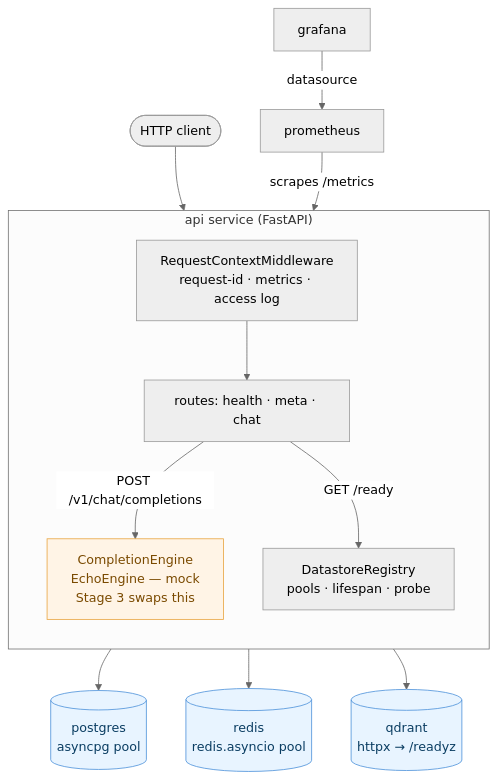
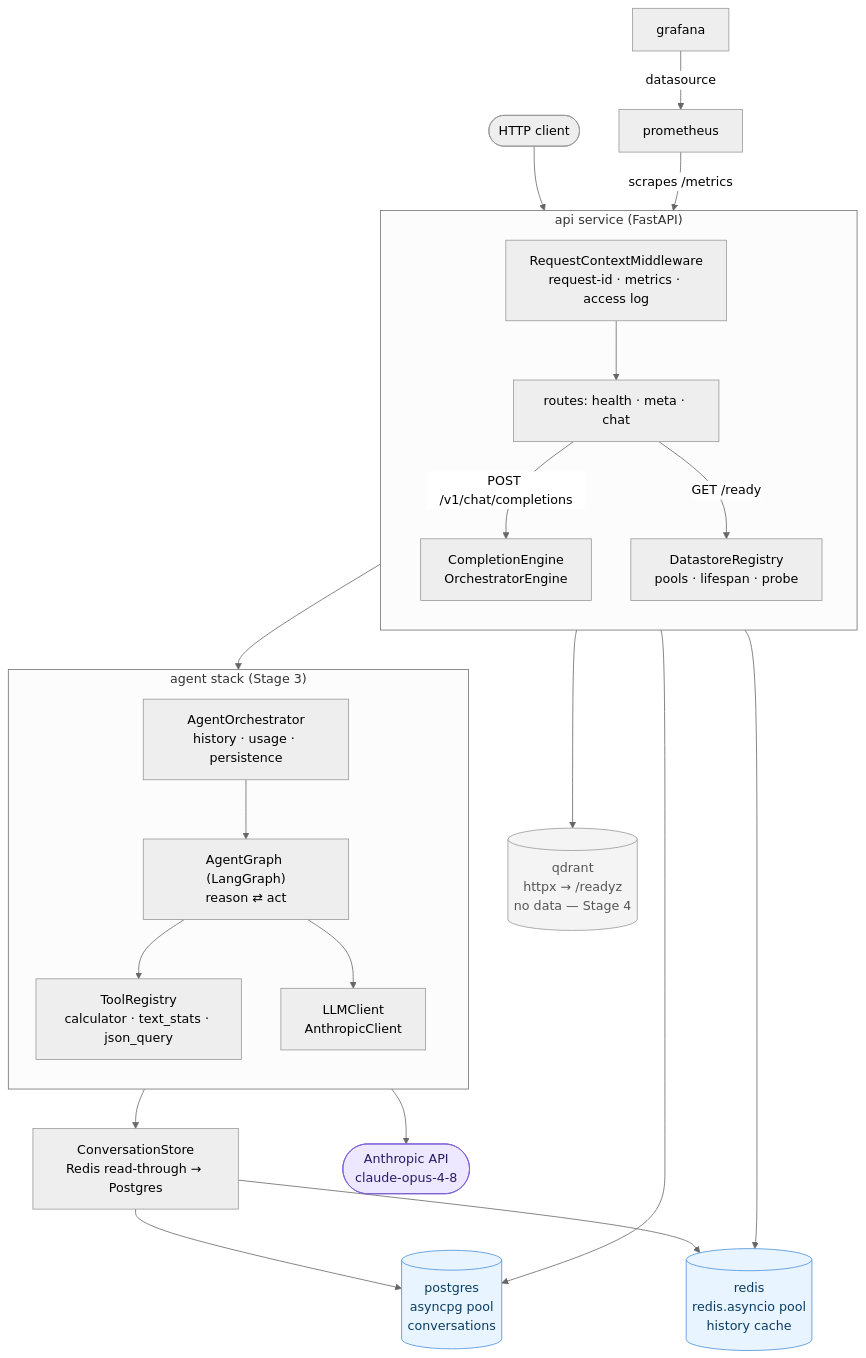
Before and after one commit to Zuleikha/production-llm-platform: the first of 6 diagrams in docs/architecture.md, drawn with Mermaid (neutral theme). The commit also changed other lines of this file and 53 other files, not shown here.

````diff
--- a/docs/architecture.md
+++ b/docs/architecture.md
@@ -25,33 +29,56 @@
 ```mermaid
 flowchart TD
     client([HTTP client])
 
     subgraph api["api service (FastAPI)"]
         direction TB
         mw["RequestContextMiddleware<br/>request-id · metrics · access log"]
         routes["routes: health · meta · chat"]
-        engine["CompletionEngine<br/>EchoEngine — mock<br/>Stage 3 swaps this"]
+        engine["CompletionEngine<br/>OrchestratorEngine"]
         registry["DatastoreRegistry<br/>pools · lifespan · probe"]
 
         mw --> routes
         routes -->|"POST /v1/chat/completions"| engine
         routes -->|"GET /ready"| registry
     end
 
-    pg[("postgres<br/>asyncpg pool")]
-    rd[("redis<br/>redis.asyncio pool")]
-    qd[("qdrant<br/>httpx → /readyz")]
+    subgraph agent["agent stack (Stage 3)"]
+        direction TB
+        orch["AgentOrchestrator<br/>history · usage · persistence"]
+        loop["AgentGraph (LangGraph)<br/>reason ⇄ act"]
+        tools["ToolRegistry<br/>calculator · text_stats · json_query"]
+        llm["LLMClient<br/>AnthropicClient"]
+
+        orch --> loop
+        loop --> tools
+        loop --> llm
+    end
+
+    store["ConversationStore<br/>Redis read-through → Postgres"]
+
+    pg[("postgres<br/>asyncpg pool<br/>conversations")]
+    rd[("redis<br/>redis.asyncio pool<br/>history cache")]
+    qd[("qdrant<br/>httpx → /readyz<br/>no data — Stage 4")]
+
+    anthropic(["Anthropic API<br/>claude-opus-4-8"])
 
     client --> mw
+    engine --> orch
+    orch --> store
+    store --> rd
+    store --> pg
+    llm --> anthropic
     registry --> pg
     registry --> rd
     registry --> qd
 
     prom["prometheus"] -->|"scrapes /metrics"| api
     graf["grafana"] -->|"datasource"| prom
 
-    classDef mock fill:#fff4e6,stroke:#e8a33d,color:#7a4a00
+    classDef external fill:#ede7ff,stroke:#7b5cd6,color:#2c1a66
     classDef store fill:#e8f4ff,stroke:#4a90d9,color:#0a3d62
-    class engine mock
-    class pg,rd,qd store
+    classDef unbuilt fill:#f4f4f4,stroke:#999,color:#555
+    class anthropic external
+    class pg,rd store
+    class qd unbuilt
 ```
````
